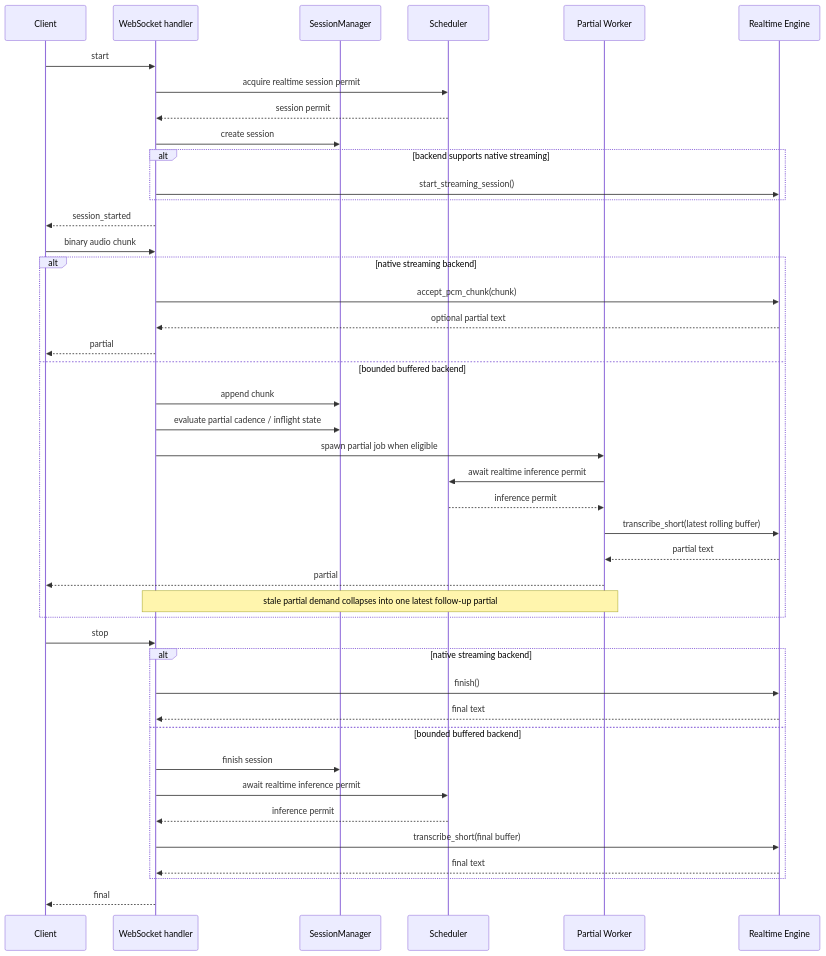
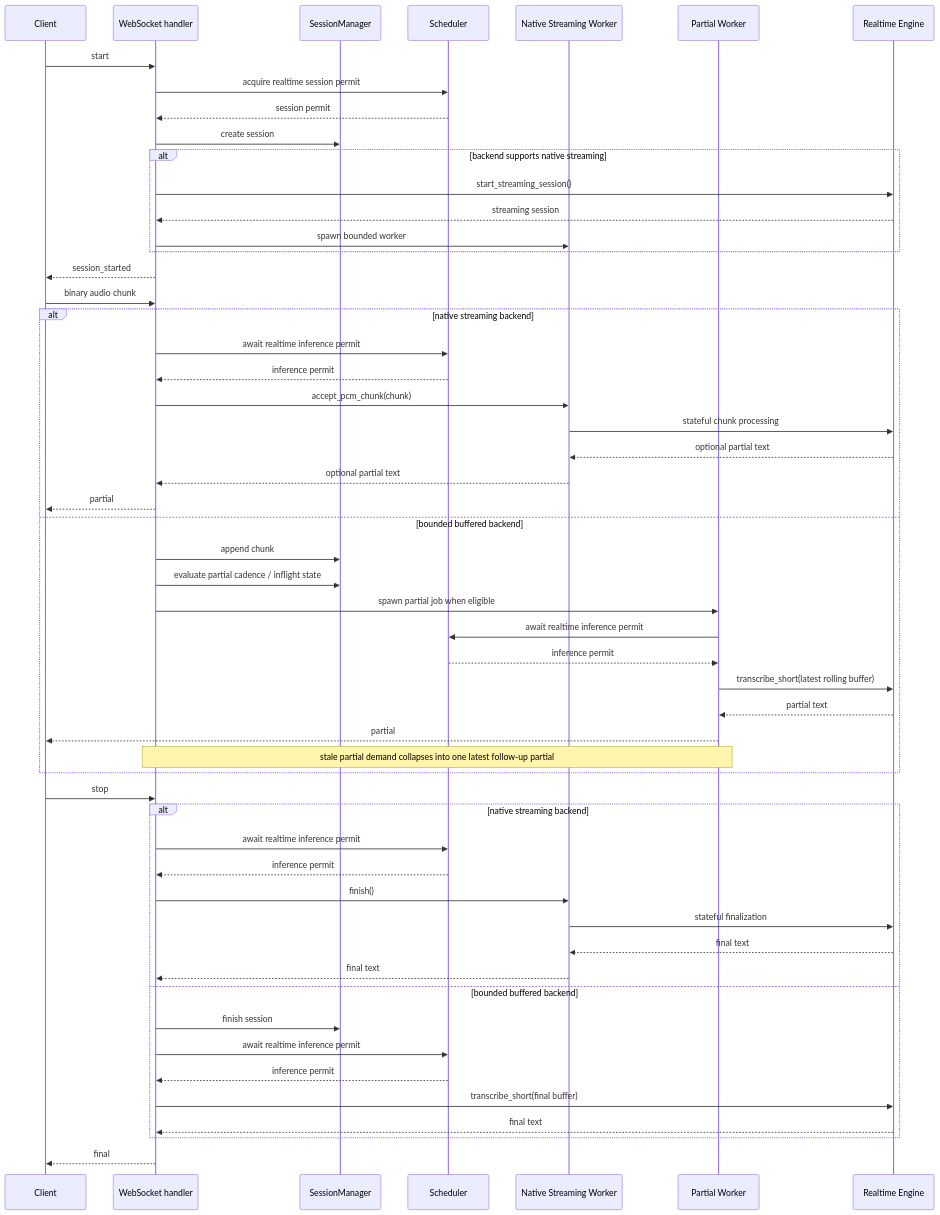
Before and after one commit to agent-axiom/aximo: the third of 3 diagrams in docs/architecture.md, drawn with Mermaid. The commit also changed other lines of this file and 14 other files, not shown here.

Commit message:
Harden native streaming and deployment docs

````diff
--- a/docs/architecture.md
+++ b/docs/architecture.md
@@ -46,46 +46,57 @@
 ```mermaid
 sequenceDiagram
     participant C as Client
     participant W as WebSocket handler
     participant M as SessionManager
     participant S as Scheduler
+    participant N as Native Streaming Worker
     participant P as Partial Worker
     participant E as Realtime Engine
 
     C->>W: start
     W->>S: acquire realtime session permit
     S-->>W: session permit
     W->>M: create session
     alt backend supports native streaming
         W->>E: start_streaming_session()
+        E-->>W: streaming session
+        W->>N: spawn bounded worker
     end
     W-->>C: session_started
     C->>W: binary audio chunk
     alt native streaming backend
-        W->>E: accept_pcm_chunk(chunk)
-        E-->>W: optional partial text
+        W->>S: await realtime inference permit
+        S-->>W: inference permit
+        W->>N: accept_pcm_chunk(chunk)
+        N->>E: stateful chunk processing
+        E-->>N: optional partial text
+        N-->>W: optional partial text
         W-->>C: partial
     else bounded buffered backend
         W->>M: append chunk
         W->>M: evaluate partial cadence / inflight state
         W->>P: spawn partial job when eligible
         P->>S: await realtime inference permit
         S-->>P: inference permit
         P->>E: transcribe_short(latest rolling buffer)
         E-->>P: partial text
         P-->>C: partial
         Note over W,P: stale partial demand collapses into one latest follow-up partial
     end
     C->>W: stop
     alt native streaming backend
-        W->>E: finish()
-        E-->>W: final text
+        W->>S: await realtime inference permit
+        S-->>W: inference permit
+        W->>N: finish()
+        N->>E: stateful finalization
+        E-->>N: final text
+        N-->>W: final text
     else bounded buffered backend
         W->>M: finish session
         W->>S: await realtime inference permit
         S-->>W: inference permit
         W->>E: transcribe_short(final buffer)
         E-->>W: final text
     end
     W-->>C: final
 ```
````
